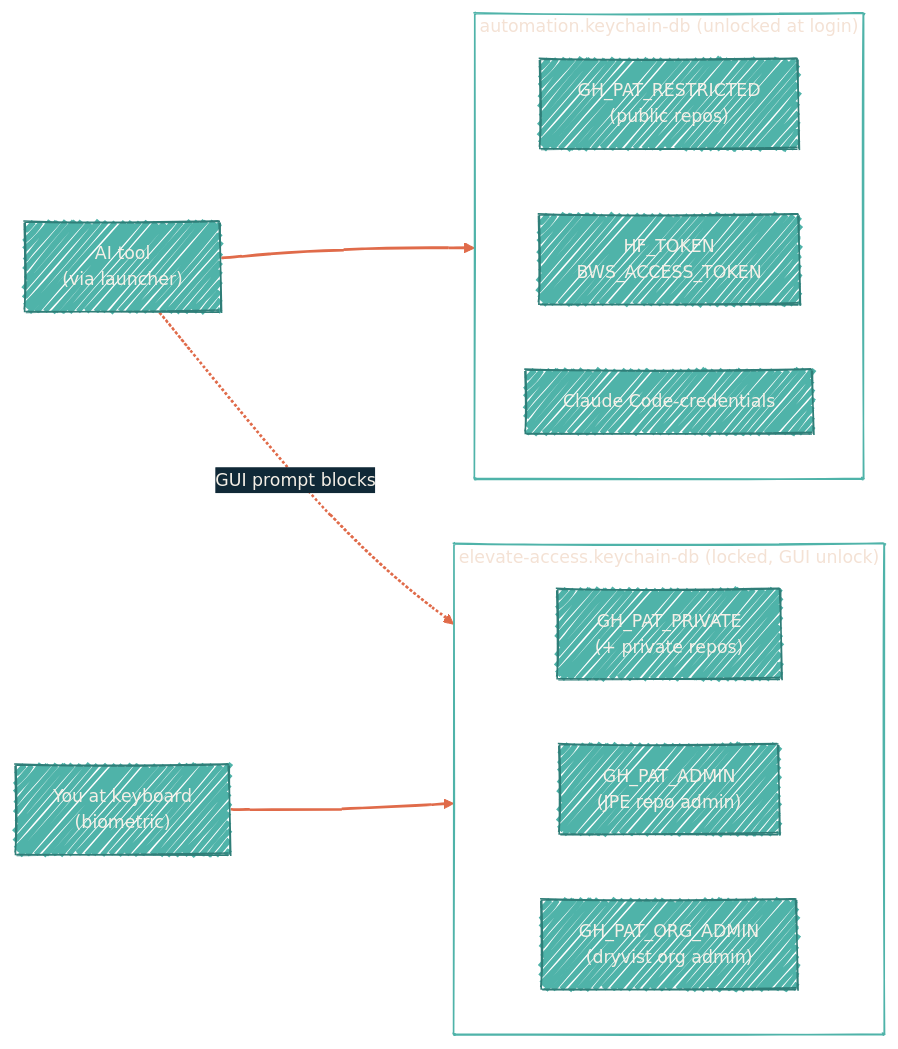
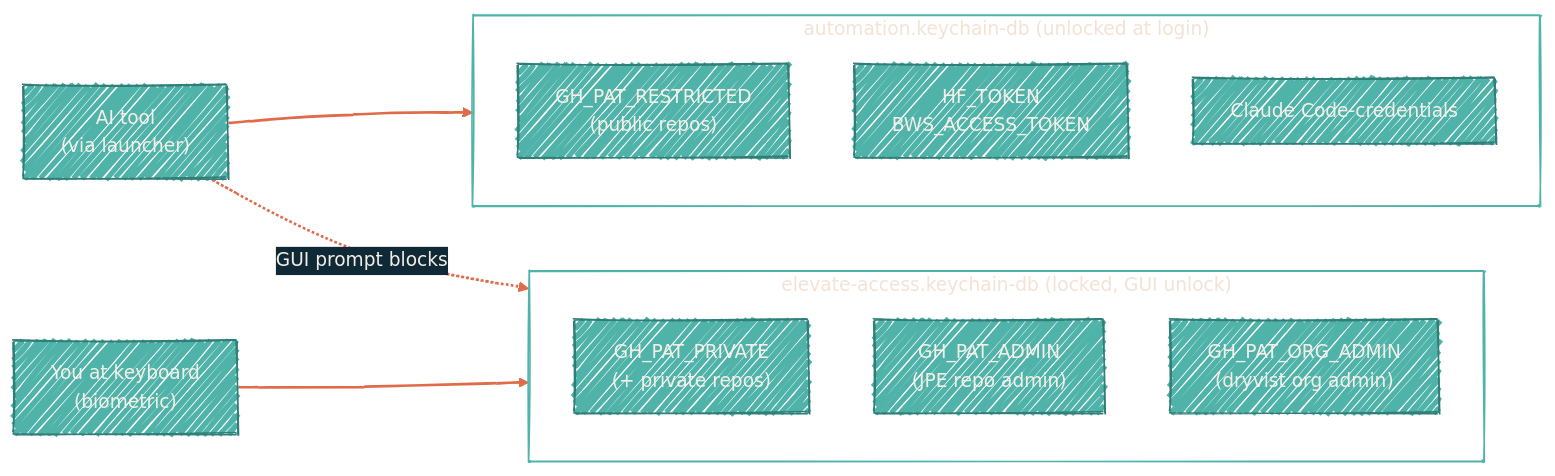
One commit to dryvist/docs changed the diagram in security/tools/macos-keychain.mdx. Above: the diagram before and after it, drawn with Mermaid. The commit also changed other lines of this file and 12 other files, not shown here.

````diff
--- a/security/tools/macos-keychain.mdx
+++ b/security/tools/macos-keychain.mdx
@@ -10,21 +11,21 @@
 ```mermaid
-%%{init: {'theme':'base','look':'handDrawn','themeVariables':{'primaryColor':'#4FB3A9','primaryTextColor':'#F4EFE6','primaryBorderColor':'#2F7E78','lineColor':'#E06B4A','secondaryColor':'#102937','tertiaryColor':'#0B1D2A','clusterBkg':'transparent','clusterBorder':'#4FB3A9','fontFamily':'Geist','fontSize':'14px'}}}%%
+%%{init: {'theme':'base','look':'handDrawn','themeVariables':{'primaryColor':'#4FB3A9','primaryTextColor':'#F4EFE6','primaryBorderColor':'#2F7E78','lineColor':'#E06B4A','secondaryColor':'#102937','tertiaryColor':'#0B1D2A','clusterBkg':'transparent','clusterBorder':'#4FB3A9','fontFamily':'Geist','fontSize':'15px'}}}%%
 flowchart LR
   subgraph Auto["automation.keychain-db (unlocked at login)"]
-    direction LR
+    direction TB
     Restricted["GH_PAT_RESTRICTED<br/>(public repos)"]
     HF["HF_TOKEN<br/>BWS_ACCESS_TOKEN"]
     Cred["Claude Code-credentials"]
   end
   subgraph Elev["elevate-access.keychain-db (locked, GUI unlock)"]
-    direction LR
+    direction TB
     Private["GH_PAT_PRIVATE<br/>(+ private repos)"]
     Admin["GH_PAT_ADMIN<br/>(JPE repo admin)"]
     OrgAdmin["GH_PAT_ORG_ADMIN<br/>(dryvist org admin)"]
   end
   AI_Read["AI tool<br/>(via launcher)"] --> Auto
   AI_Read -.->|"GUI prompt blocks"| Elev
   Human["You at keyboard<br/>(biometric)"] --> Elev
 
   linkStyle default stroke:#E06B4A,stroke-width:2px
 ```
````
